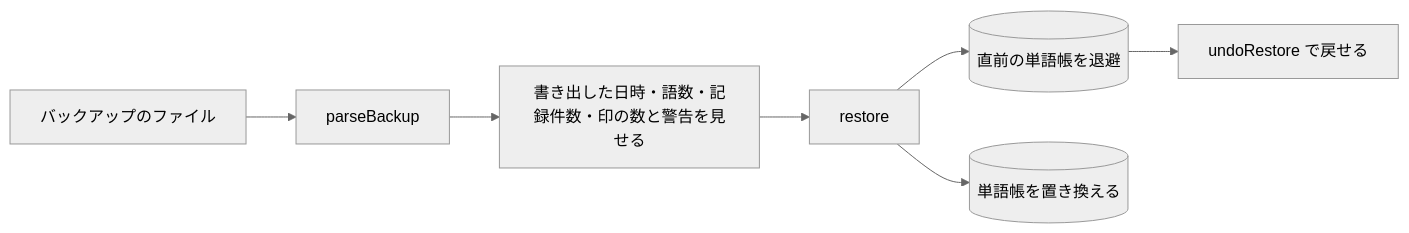
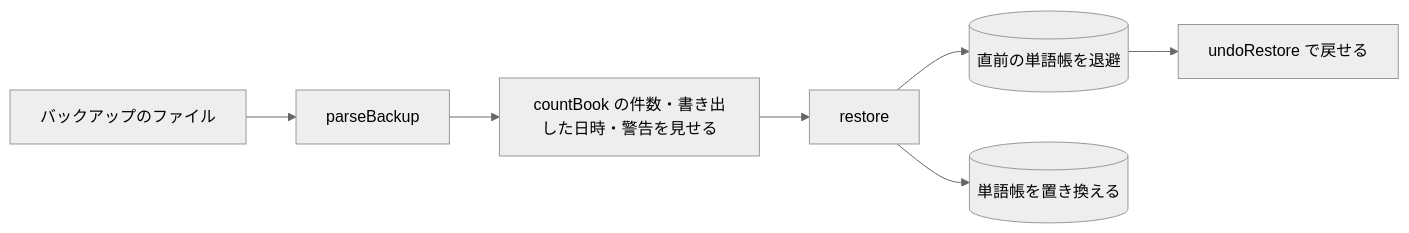
The diagram in Docs/22_Storage.md (Hirano-Soura/tango-drill), drawn with Mermaid (neutral theme) before and after one commit. The commit also changed 6 other files, not shown here.

````diff
--- a/Docs/22_Storage.md
+++ b/Docs/22_Storage.md
@@ -78,9 +78,9 @@
 ```mermaid
 flowchart LR
   F[バックアップのファイル] --> P[parseBackup]
-  P --> S[書き出した日時・語数・記録件数・印の数と警告を見せる]
+  P --> S[countBook の件数・書き出した日時・警告を見せる]
   S --> R[restore]
   R --> U[(直前の単語帳を退避)]
   R --> B[(単語帳を置き換える)]
   U --> X[undoRestore で戻せる]
 ```
````
